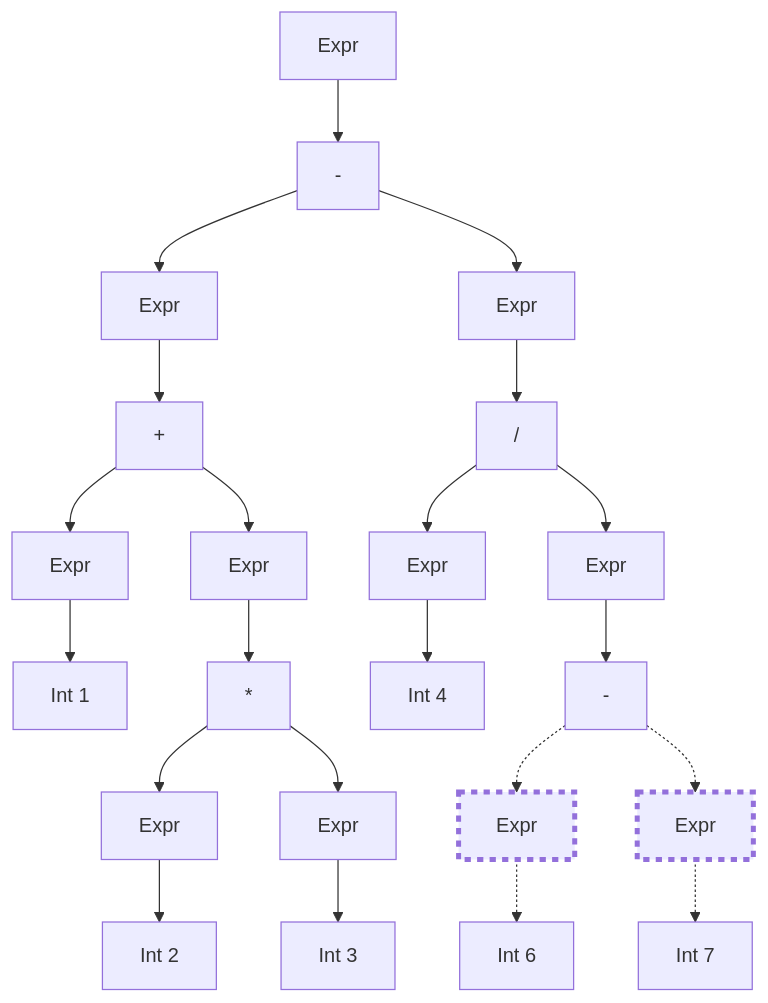
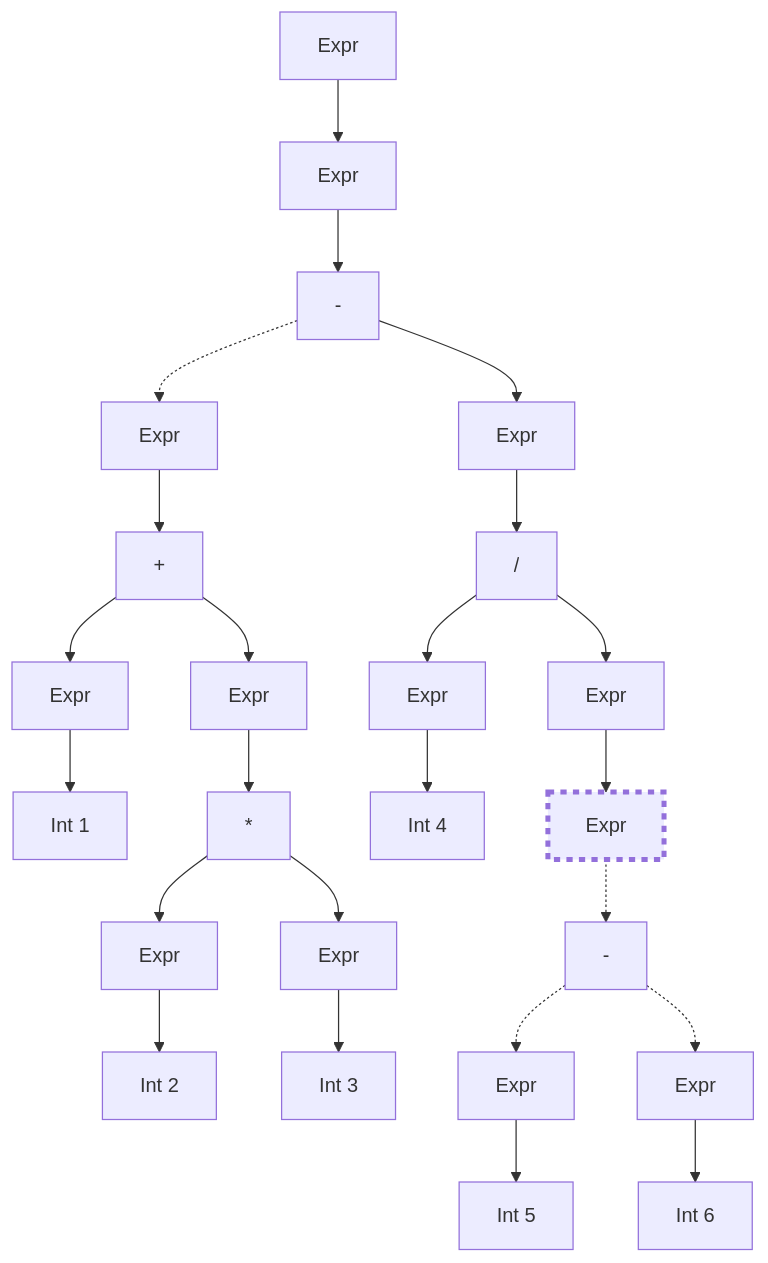
Diagram 28 of 28 in samples/infix/README.md (microsoft/Trieste), drawn with Mermaid before and after one commit. The commit also changed other lines of this file and 9 other files, not shown here.

````diff
--- a/samples/infix/README.md
+++ b/samples/infix/README.md
@@ -1212,25 +1282,27 @@
 ``` mermaid
 flowchart TD
-  A[Expr]-->GG[-]
-  GG-->CC[Expr]
-  CC-->C[+]
   C-->BB[Expr]
   BB-->B[Int 1]
+  G-.->CC[Expr]
+  CC-->C[+]
   C-->N[Expr]
   N-->E[*]
   E-->DD[Expr]
   DD-->D[Int 2]
   E-->FF[Expr]
   FF-->F[Int 3]
-  GG-->O[Expr]
-  O-->I["#47;"]
+  A[Expr]-->GG[Expr]
+  GG-->G[-]
   I-->HH[Expr]
   HH-->H[Int 4]
+  G-->II[Expr]
+  II-->I["#47;"]
   I-->J[Expr]
-  J-->L[-]
-  L-.->KK[Expr]:::current
-  KK-.->K[Int 6]
-  L-.->MM[Expr]:::current
-  MM-.->M[Int 7]
+  L-.->KK[Expr]
+  KK-->K[Int 5]
+  J-->LL[Expr]:::current
+  LL-.->L[-]
+  L-.->MM[Expr]
+  MM-->M[Int 6]
   classDef current stroke-width:4px,stroke-dasharray:5 5;
 ```
````
